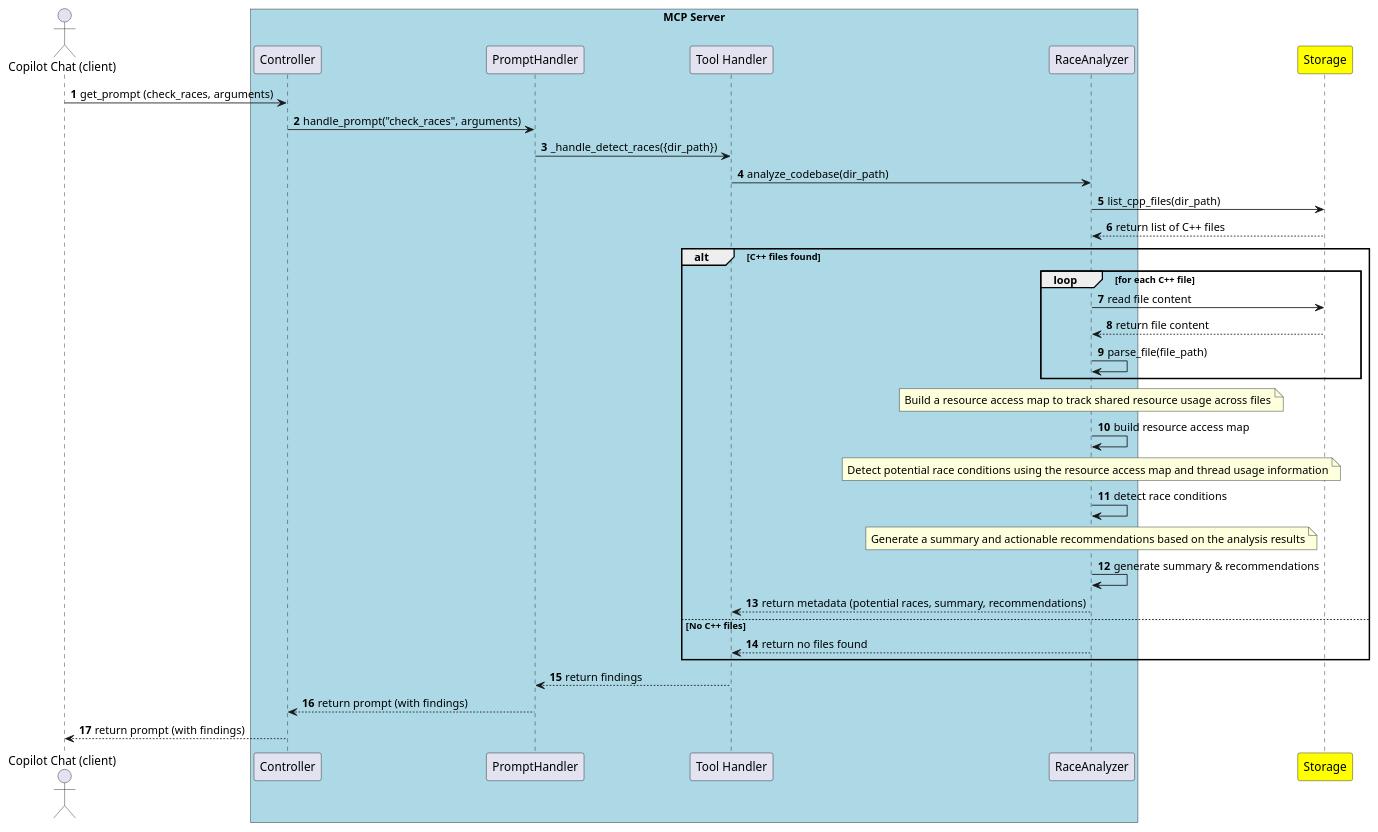
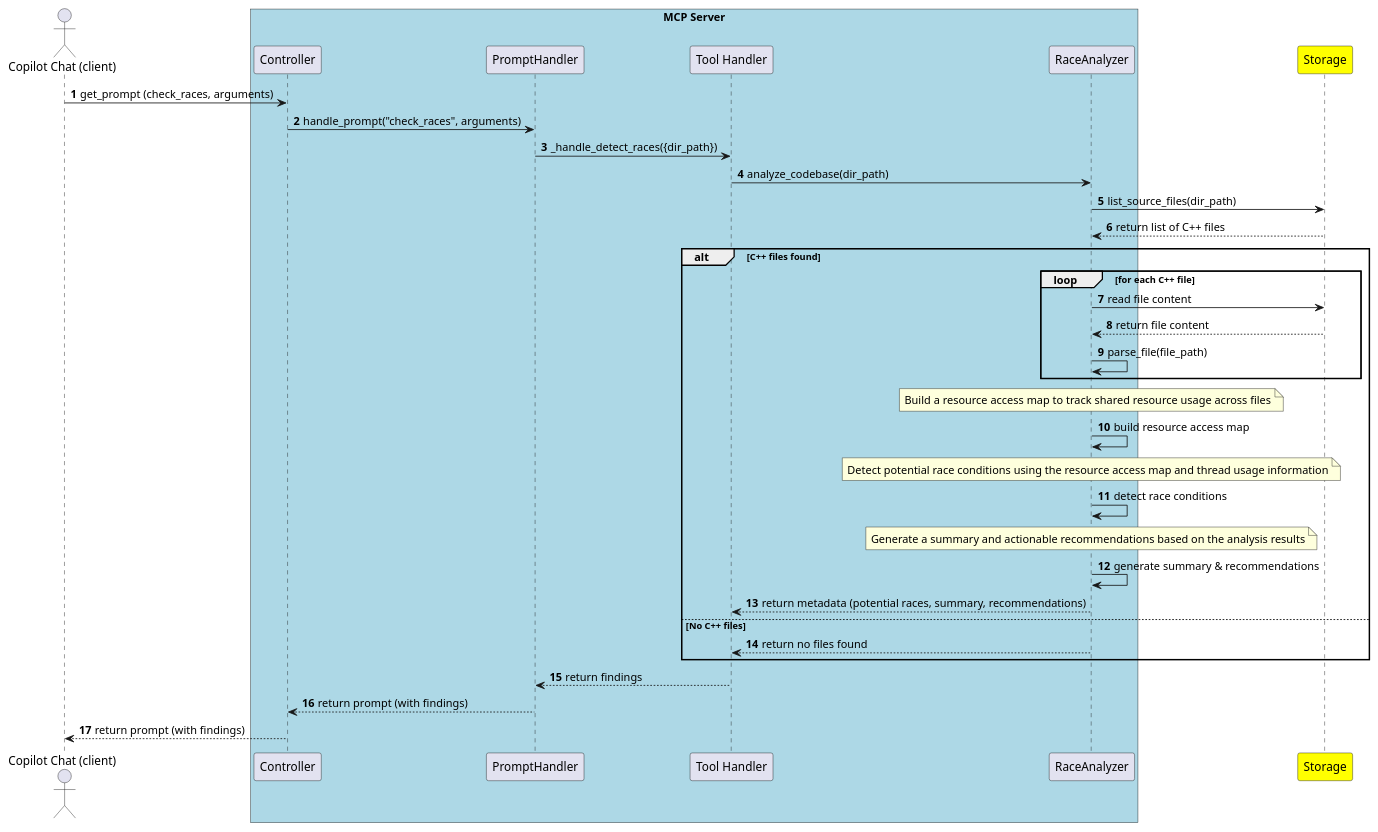
One commit to taikt/codefun changed the diagram in deepl/mcp_server/doc/design/mcp_prompt_check_races_sequence.puml. Above: the diagram before and after it, drawn with PlantUML. The commit also changed 15 other files, not shown here.

```diff
--- a/deepl/mcp_server/doc/design/mcp_prompt_check_races_sequence.puml
+++ b/deepl/mcp_server/doc/design/mcp_prompt_check_races_sequence.puml
@@ -1,55 +1,55 @@
 @startuml
 ' Step 10: For each C++ file, read its content
 ' Step 11: Parse each file to extract shared resources and thread usage
 ' Step 12: Build a resource access map to track shared resource usage across files
 ' Step 13: Detect potential race conditions based on resource access and thread usage
 ' Step 14: Generate summary and actionable recommendations
 actor "Copilot Chat (client)" as copilot
 box "MCP Server" #LightBlue
   participant "Controller" as controller
   participant "PromptHandler" as promptHandler
   participant "Tool Handler" as toolHandler
   participant "RaceAnalyzer" as raceAnalyzer
 end box
 participant "Storage" as storage #yellow
 
 autonumber
 copilot -> controller : get_prompt (check_races, arguments)
 controller -> promptHandler : handle_prompt("check_races", arguments)
 promptHandler -> toolHandler : _handle_detect_races({dir_path})
 toolHandler -> raceAnalyzer : analyze_codebase(dir_path)
-raceAnalyzer -> storage : list_cpp_files(dir_path)
+raceAnalyzer -> storage : list_source_files(dir_path)
 storage --> raceAnalyzer : return list of C++ files
 alt C++ files found
   loop for each C++ file
     ' Step 10: For each C++ file, read its content
     raceAnalyzer -> storage : read file content
     storage --> raceAnalyzer : return file content
     ' Step 11: Parse each file to extract shared resources and thread usage
     raceAnalyzer -> raceAnalyzer : parse_file(file_path)
   end
   ' Step 12: Build a resource access map to track shared resource usage across files
   note over raceAnalyzer
      Build a resource access map to track shared resource usage across files
   end note
   raceAnalyzer -> raceAnalyzer : build resource access map
 
   ' Step 13: Detect potential race conditions based on resource access and thread usage
   note over raceAnalyzer
      Detect potential race conditions using the resource access map and thread usage information
   end note
   raceAnalyzer -> raceAnalyzer : detect race conditions
 
   ' Step 14: Generate summary and actionable recommendations
   note over raceAnalyzer
      Generate a summary and actionable recommendations based on the analysis results
   end note
   raceAnalyzer -> raceAnalyzer : generate summary & recommendations
   raceAnalyzer --> toolHandler : return metadata (potential races, summary, recommendations)
 else No C++ files
   raceAnalyzer --> toolHandler : return no files found
 end
 toolHandler --> promptHandler : return findings
 promptHandler --> controller : return prompt (with findings)
 controller --> copilot : return prompt (with findings)
 @enduml
```
